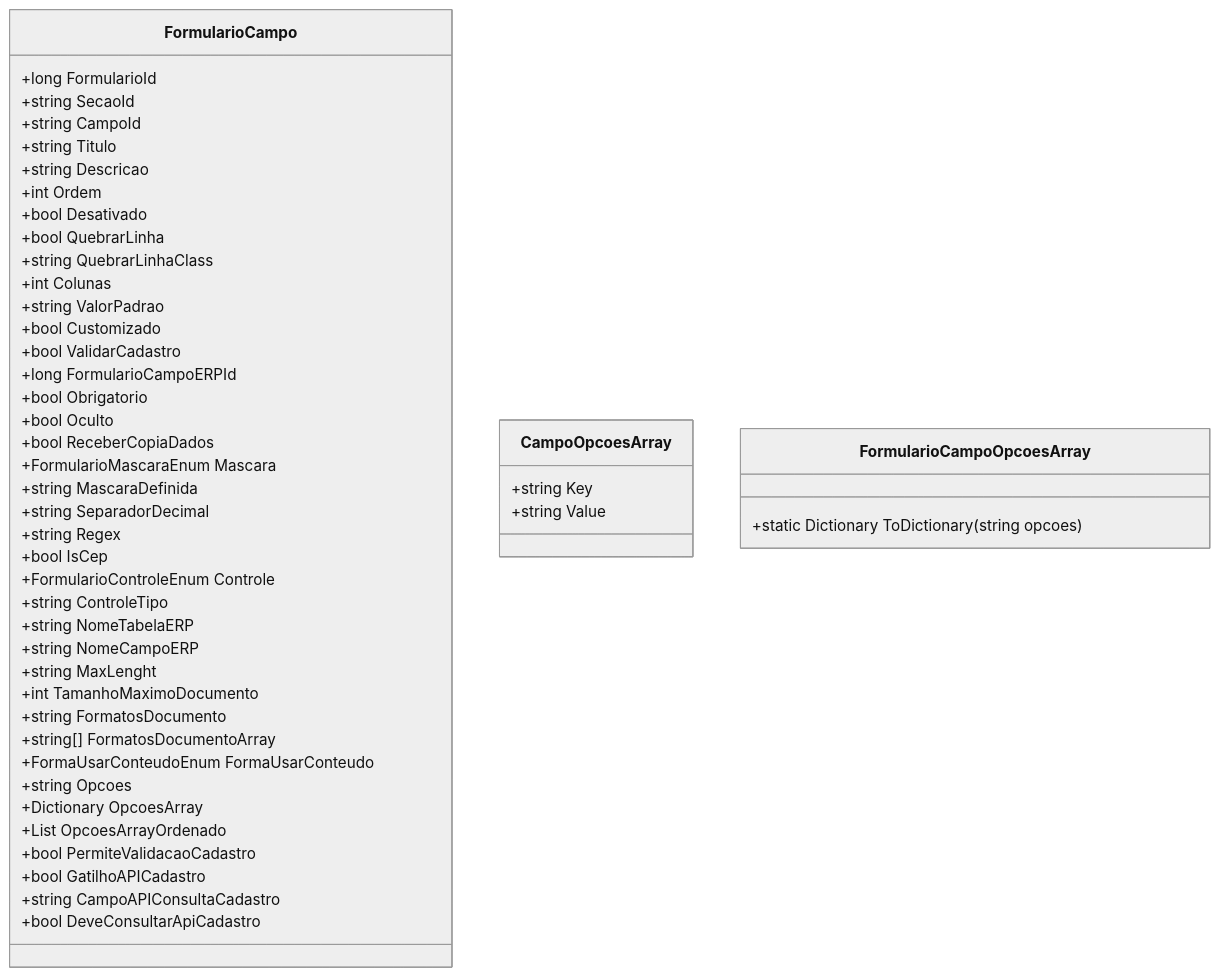
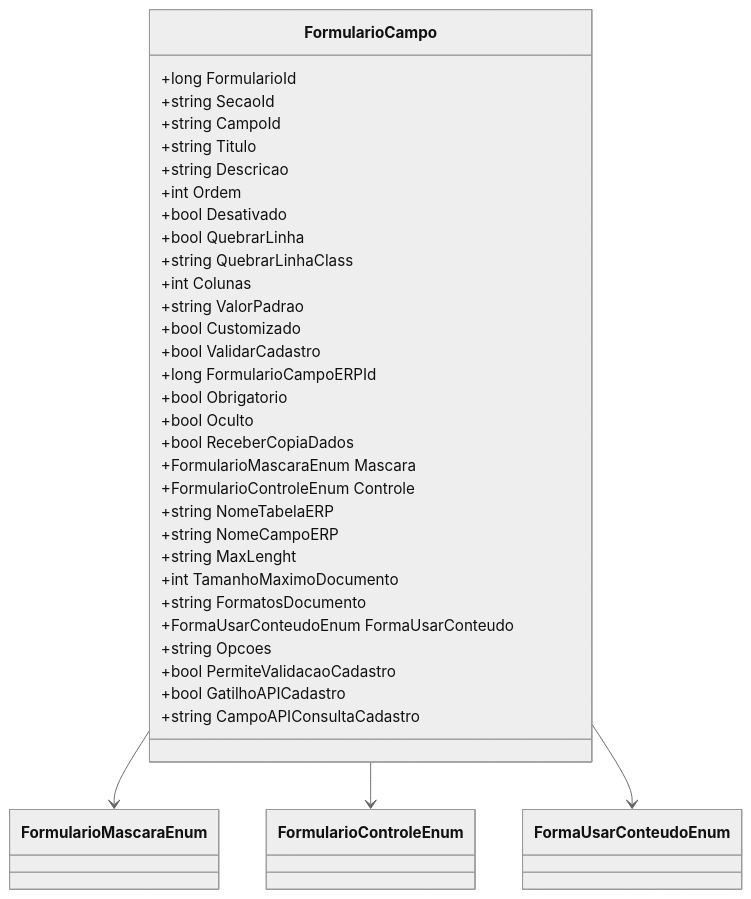
The second of 2 diagrams in docs/b2b-dominio/IsthmusWinthor.Nucleo/IsthmusWinthor.Dominio/POCO/Formulario/FormularioCampo.md (IsthmusSistemas/documentacao-tecnica), drawn with Mermaid (neutral theme) before and after one commit. The commit also changed other lines of this file and 882 other files, not shown here.

````diff
--- a/docs/b2b-dominio/IsthmusWinthor.Nucleo/IsthmusWinthor.Dominio/POCO/Formulario/FormularioCampo.md
+++ b/docs/b2b-dominio/IsthmusWinthor.Nucleo/IsthmusWinthor.Dominio/POCO/Formulario/FormularioCampo.md
@@ -65,52 +52,37 @@
 ```mermaid
 classDiagram
     class FormularioCampo {
         +long FormularioId
         +string SecaoId
         +string CampoId
         +string Titulo
         +string Descricao
         +int Ordem
         +bool Desativado
         +bool QuebrarLinha
         +string QuebrarLinhaClass
         +int Colunas
         +string ValorPadrao
         +bool Customizado
         +bool ValidarCadastro
         +long FormularioCampoERPId
         +bool Obrigatorio
         +bool Oculto
         +bool ReceberCopiaDados
         +FormularioMascaraEnum Mascara
-        +string MascaraDefinida
-        +string SeparadorDecimal
-        +string Regex
-        +bool IsCep
         +FormularioControleEnum Controle
-        +string ControleTipo
         +string NomeTabelaERP
         +string NomeCampoERP
         +string MaxLenght
         +int TamanhoMaximoDocumento
         +string FormatosDocumento
-        +string[] FormatosDocumentoArray
         +FormaUsarConteudoEnum FormaUsarConteudo
         +string Opcoes
-        +Dictionary<string,string> OpcoesArray
-        +List<CampoOpcoesArray> OpcoesArrayOrdenado
         +bool PermiteValidacaoCadastro
         +bool GatilhoAPICadastro
         +string CampoAPIConsultaCadastro
-        +bool DeveConsultarApiCadastro
     }
-    
-    class CampoOpcoesArray {
-        +string Key
-        +string Value
-    }
-    
-    class FormularioCampoOpcoesArray {
-        +static Dictionary<string,string> ToDictionary(string opcoes)
-    }
-```
+    FormularioCampo --> FormularioMascaraEnum
+    FormularioCampo --> FormularioControleEnum
+    FormularioCampo --> FormaUsarConteudoEnum
+``` 
````
